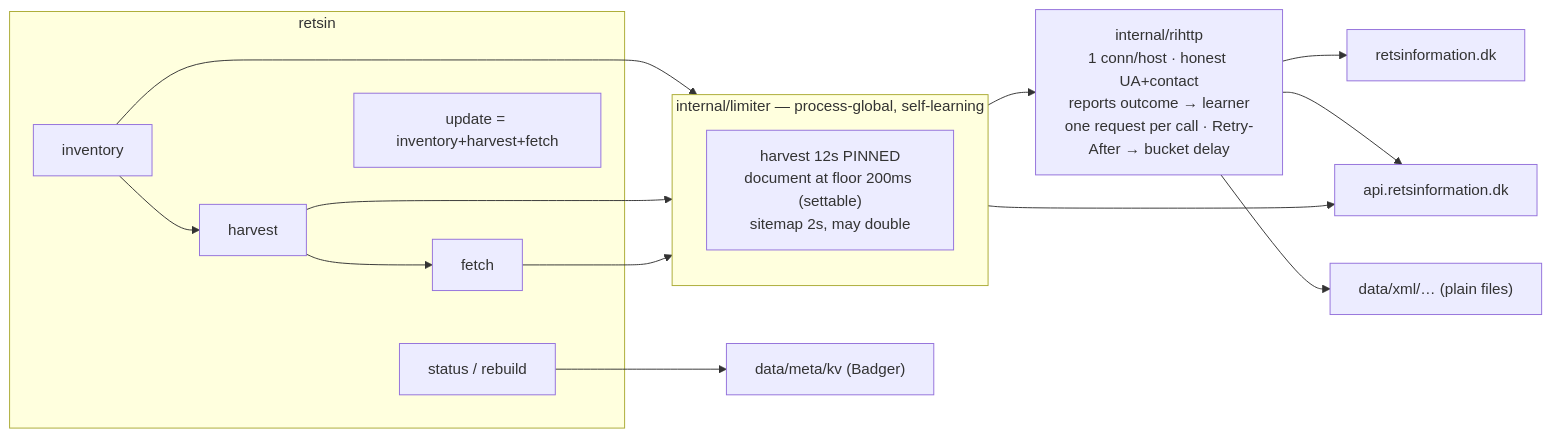
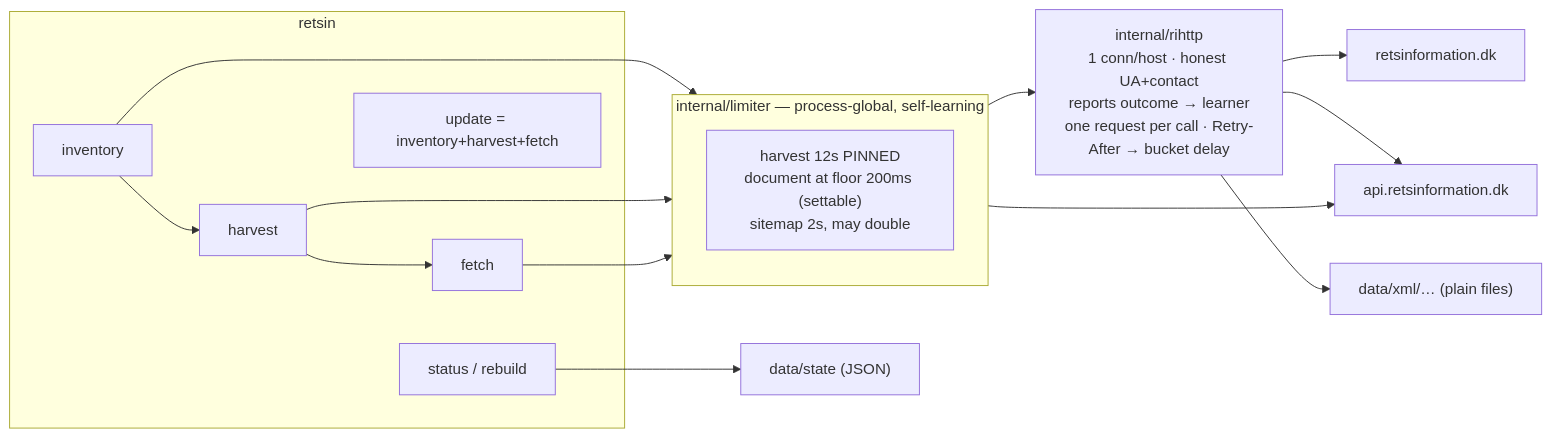
The diagram in README.md (lkarlslund/lovkilde), drawn with Mermaid before and after one commit. The commit also changed other lines of this file and 20 other files, not shown here.

First line of the commit message:
Keep the collection state as JSON files instead of Badger

````diff
--- a/README.md
+++ b/README.md
@@ -719,17 +719,17 @@
 ```mermaid
 flowchart LR
   subgraph CLI["retsin"]
     C1["inventory"] --> C2["harvest"] --> C3["fetch"]
     U["update = inventory+harvest+fetch"]
     S["status / rebuild"]
   end
   subgraph PACE["internal/limiter — process-global, self-learning"]
     B["harvest 12s PINNED<br/>document at floor 200ms (settable)<br/>sitemap 2s, may double"]
   end
   C1 & C2 & C3 --> PACE --> H["internal/rihttp<br/>1 conn/host · honest UA+contact<br/>reports outcome → learner<br/>one request per call · Retry-After → bucket delay"]
   H --> RI["retsinformation.dk"]
   PACE --> RI2["api.retsinformation.dk"]
   H --> RI2
   H --> A["data/xml/… (plain files)"]
-  S --> K["data/meta/kv (Badger)"]
+  S --> K["data/state (JSON)"]
 ```
````
